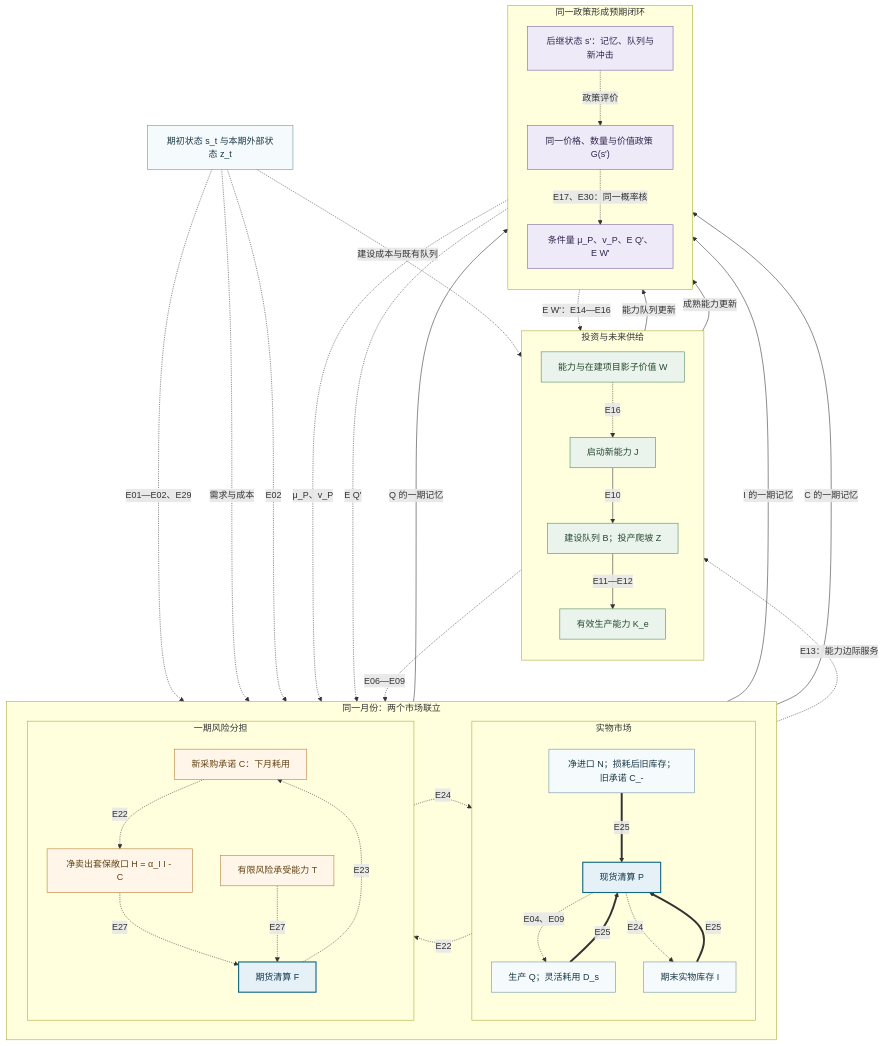
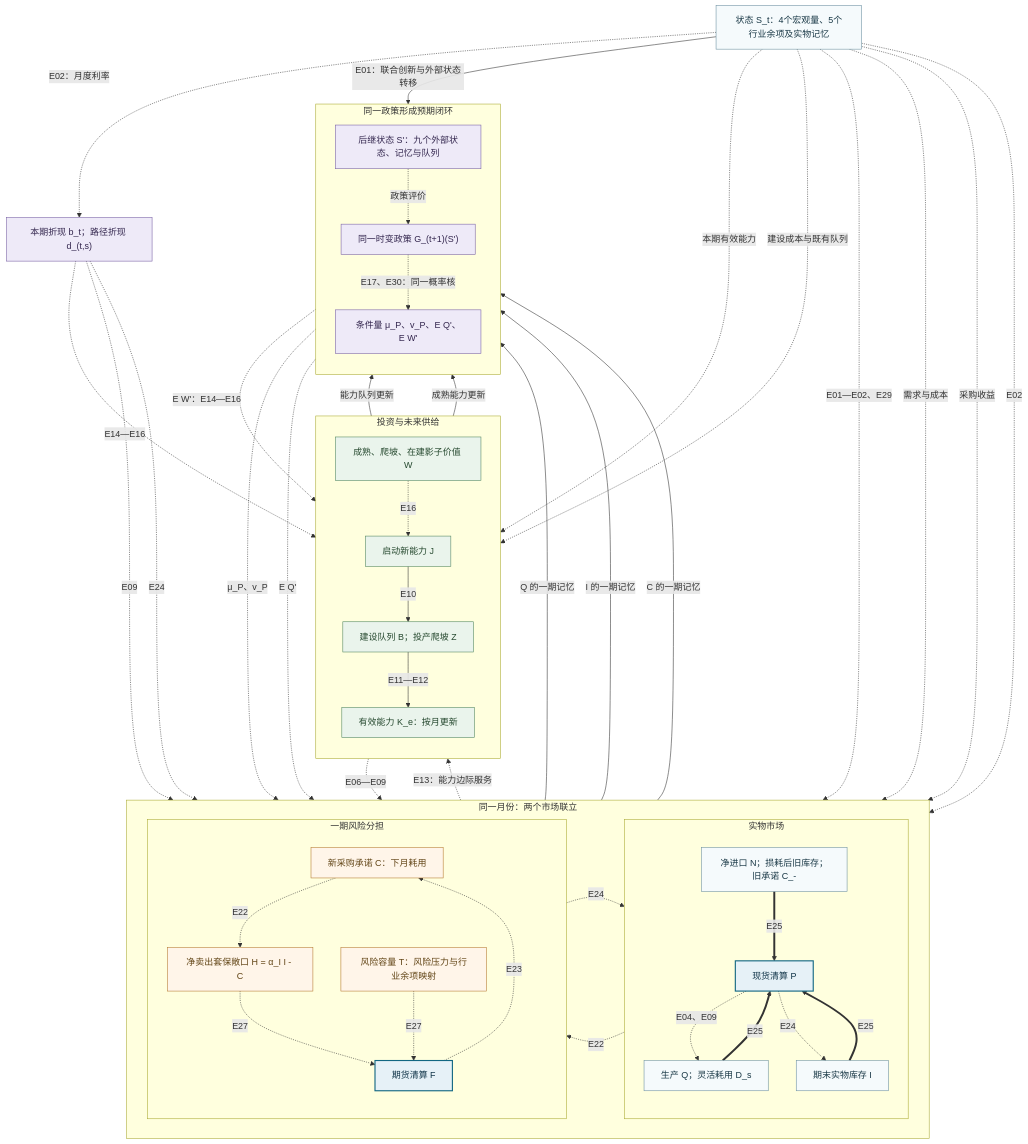
The diagram in docs/figures/01_mechanism.mmd (richardssheik107-hub/DSGE-LC), drawn with Mermaid before and after one commit. The commit also changed other lines of this file and 35 other files, not shown here.

```diff
--- a/docs/figures/01_mechanism.mmd
+++ b/docs/figures/01_mechanism.mmd
@@ -1,77 +1,85 @@
 flowchart TB
-    S["期初状态 s_t 与本期外部状态 z_t"]
+    S["状态 S_t：4个宏观量、5个行业余项及实物记忆"]
+    BT["本期折现 b_t；路径折现 d_(t,s)"]
 
     subgraph MKT["同一月份：两个市场联立"]
         direction LR
         subgraph PHY["实物市场"]
             direction TB
             A["净进口 N；损耗后旧库存；旧承诺 C_-"]
             QD["生产 Q；灵活耗用 D_s"]
             P["现货清算 P"]
             I["期末实物库存 I"]
             A ==>|"E25"| P
             QD ==>|"E25"| P
             I ==>|"E25"| P
             P -.->|"E04、E09"| QD
             P -.->|"E24"| I
         end
         subgraph RISK["一期风险分担"]
             direction TB
             C["新采购承诺 C：下月耗用"]
             H["净卖出套保敞口 H = α_I I - C"]
-            T["有限风险承受能力 T"]
+            T["风险容量 T：风险压力与行业余项映射"]
             F["期货清算 F"]
             C -.->|"E22"| H
             H -.->|"E27"| F
             T -.->|"E27"| F
             F -.->|"E23"| C
         end
     end
 
     subgraph CAP["投资与未来供给"]
         direction TB
-        W["能力与在建项目影子价值 W"]
+        W["成熟、爬坡、在建影子价值 W"]
         J["启动新能力 J"]
         BZ["建设队列 B；投产爬坡 Z"]
-        K["有效生产能力 K_e"]
+        K["有效能力 K_e：按月更新"]
         W -.->|"E16"| J
         J -->|"E10"| BZ
         BZ -->|"E11—E12"| K
     end
 
     subgraph EXP["同一政策形成预期闭环"]
         direction TB
-        SN["后继状态 s'：记忆、队列与新冲击"]
-        GP["同一价格、数量与价值政策 G(s')"]
+        SN["后继状态 S'：九个外部状态、记忆与队列"]
+        GP["同一时变政策 G_(t+1)(S')"]
         EM["条件量 μ_P、v_P、E Q'、E W'"]
         SN -.->|"政策评价"| GP
         GP -.->|"E17、E30：同一概率核"| EM
     end
 
+    S -->|"E01：联合创新与外部状态转移"| SN
     S -.->|"E01—E02、E29"| A
     S -.->|"需求与成本"| QD
+    S -.->|"采购收益"| C
+    S -.->|"本期有效能力"| K
+    S -.->|"E02：月度利率"| BT
+    BT -.->|"E09"| QD
+    BT -.->|"E14—E16"| W
+    BT -.->|"E24"| I
     S -.->|"E02"| T
     S -.->|"建设成本与既有队列"| J
     I -.->|"E22"| H
     F -.->|"E24"| I
     QD -.->|"E13：能力边际服务"| W
     K -.->|"E06—E09"| QD
     QD -->|"Q 的一期记忆"| SN
     I -->|"I 的一期记忆"| SN
     C -->|"C 的一期记忆"| SN
     BZ -->|"能力队列更新"| SN
     K -->|"成熟能力更新"| SN
     EM -.->|"μ_P、v_P"| F
     EM -.->|"E Q'"| QD
     EM -.->|"E W'：E14—E16"| W
 
     classDef market fill:#e6f1f7,stroke:#126782,stroke-width:2px,color:#103448;
     classDef physical fill:#f5fafc,stroke:#6b8fa0,color:#183745;
     classDef risk fill:#fff5e9,stroke:#b57931,color:#614415;
     classDef expectation fill:#eeeaf8,stroke:#7860a4,color:#33264e;
     classDef capital fill:#eaf4ec,stroke:#51855e,color:#25482e;
     class P,F market;
     class A,QD,I,S physical;
     class C,H,T risk;
-    class SN,GP,EM expectation;
+    class SN,GP,EM,BT expectation;
     class W,J,BZ,K capital;
```
